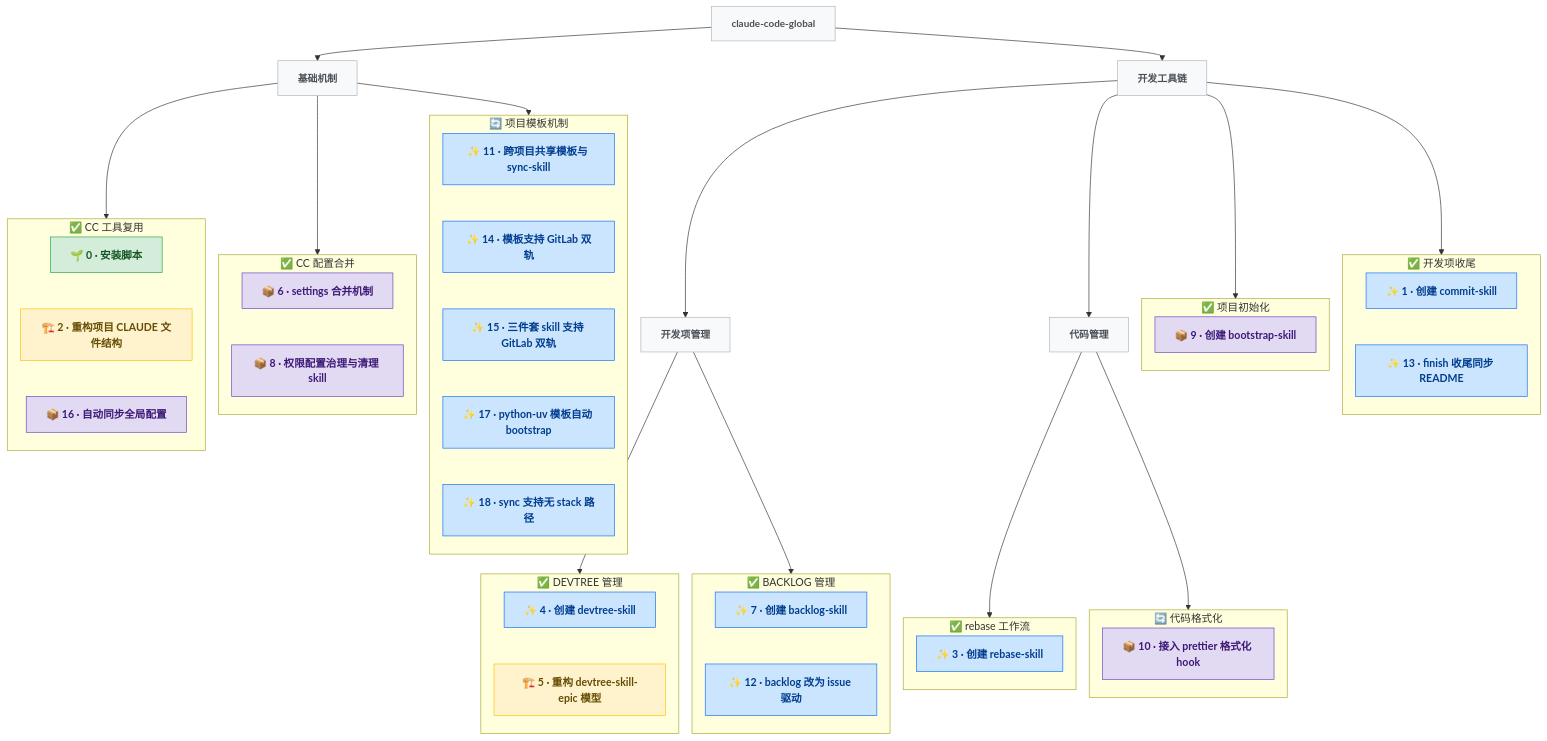
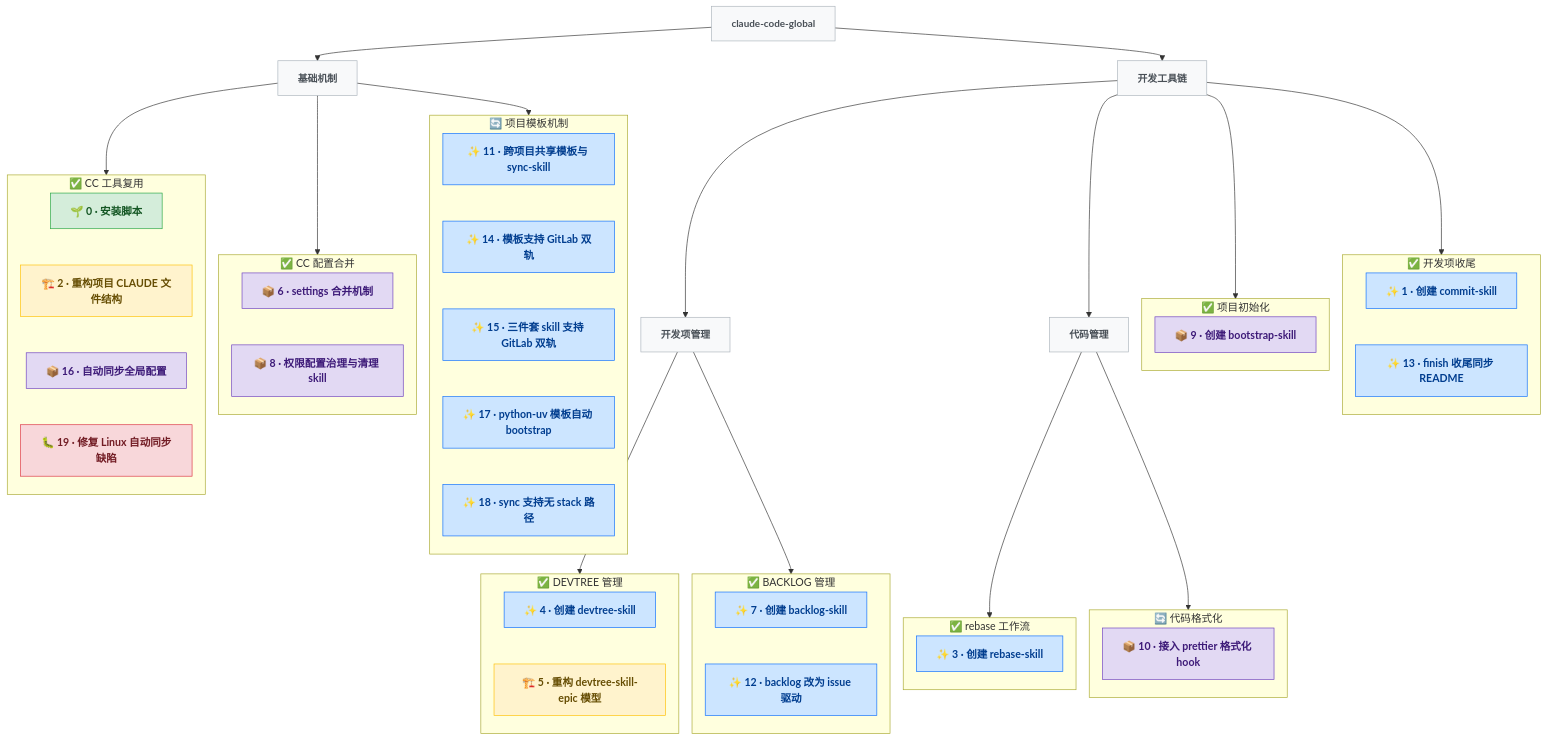
Before and after one commit to pkulijing/claude-code-global: the diagram in docs/DEVTREE.md, drawn with Mermaid. The commit also changed other lines of this file and 7 other files, not shown here.

```diff
--- a/docs/DEVTREE.md
+++ b/docs/DEVTREE.md
@@ -46,8 +46,10 @@
     N0["🌱 0 · 安装脚本"]:::genesis
     N2["🏗️ 2 · 重构项目 CLAUDE 文件结构"]:::refactor
     N16["📦 16 · 自动同步全局配置"]:::infra
+    N19["🐛 19 · 修复 Linux 自动同步缺陷"]:::bugfix
     N0 ~~~ N2
     N2 ~~~ N16
+    N16 ~~~ N19
   end
 
   subgraph e_cc_merge["✅ CC 配置合并"]
```
